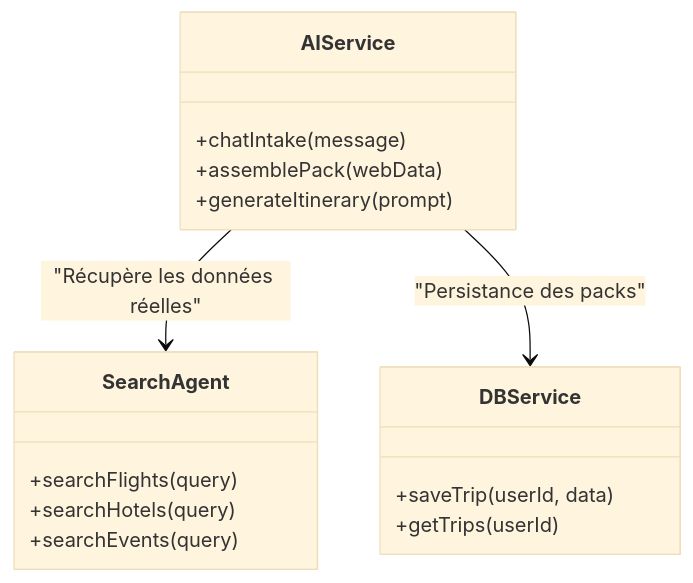
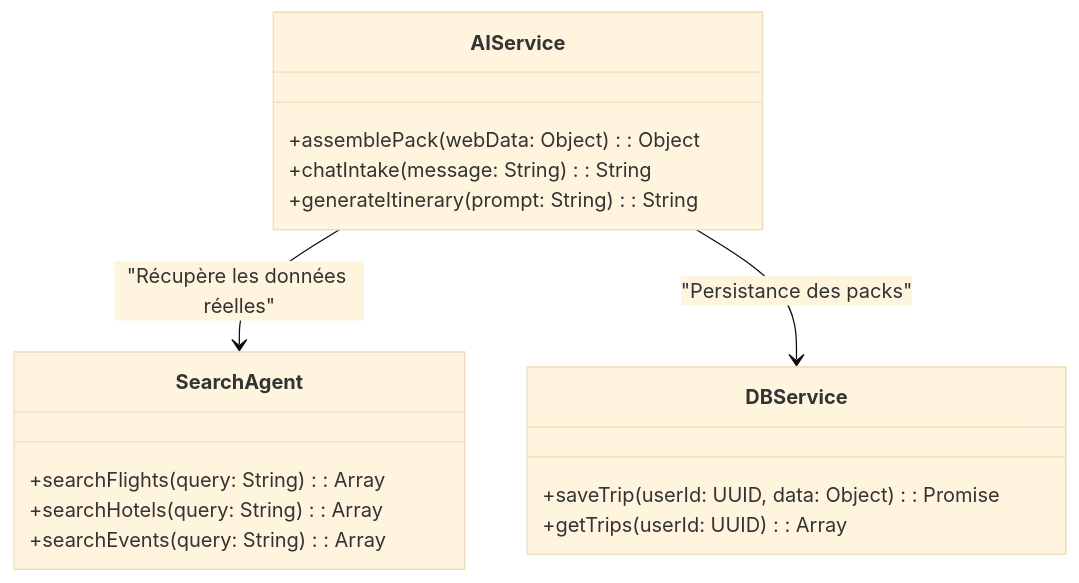
One commit to loties1533/tripgenie changed the second of 4 diagrams in docs/PORTFOLIO_TECH_DOC.md. Above: the diagram before and after it, drawn with Mermaid (base theme). The commit also changed other lines of this file, not shown here.

````diff
--- a/docs/PORTFOLIO_TECH_DOC.md
+++ b/docs/PORTFOLIO_TECH_DOC.md
@@ -63,20 +65,20 @@
 ```mermaid
 classDiagram
     class AIService {
-        +chatIntake(message)
-        +assemblePack(webData)
-        +generateItinerary(prompt)
+        +assemblePack(webData: Object) : Object
+        +chatIntake(message: String) : String
+        +generateItinerary(prompt: String) : String
     }
     class SearchAgent {
-        +searchFlights(query)
-        +searchHotels(query)
-        +searchEvents(query)
+        +searchFlights(query: String) : Array
+        +searchHotels(query: String) : Array
+        +searchEvents(query: String) : Array
     }
     class DBService {
-        +saveTrip(userId, data)
-        +getTrips(userId)
+        +saveTrip(userId: UUID, data: Object) : Promise
+        +getTrips(userId: UUID) : Array
     }
 
     AIService --> SearchAgent : "Récupère les données réelles"
     AIService --> DBService : "Persistance des packs"
 ```
````
